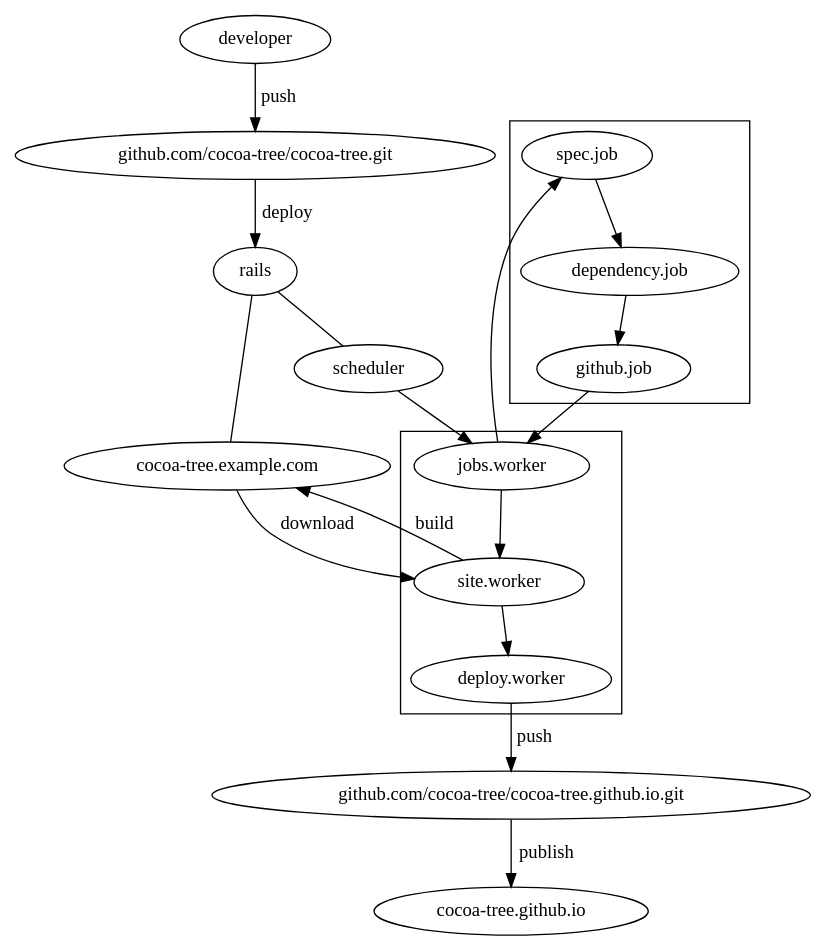
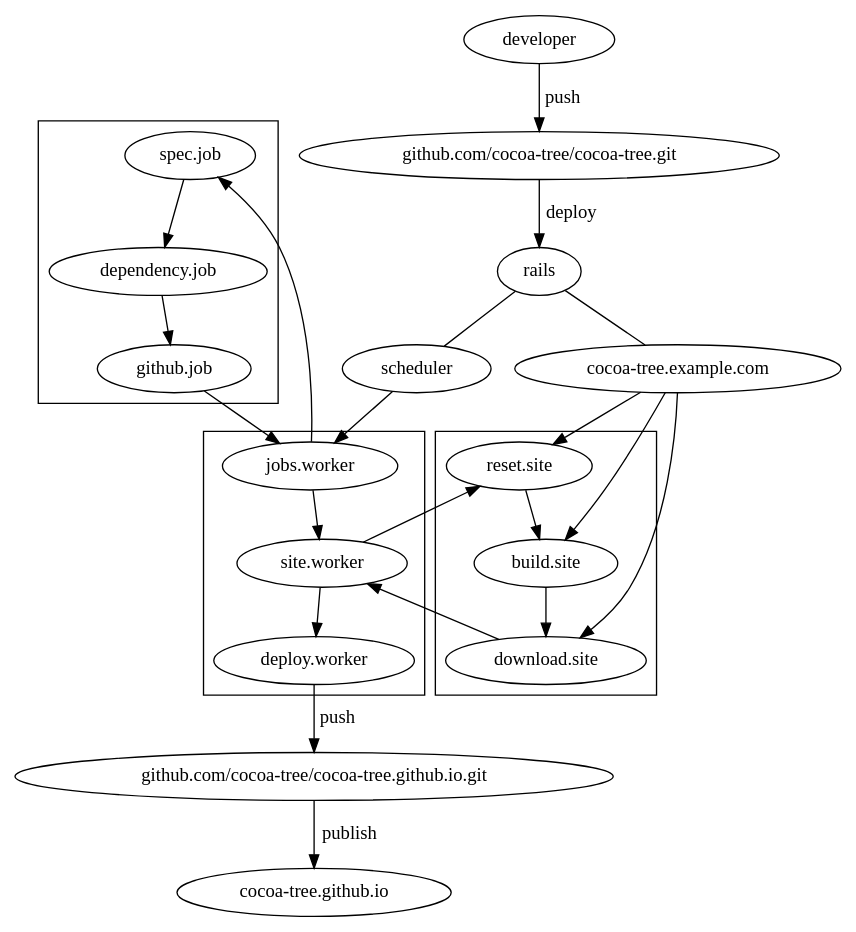
Before and after one commit to bsingr/cocoa-tree: the diagram in concept/deployment.dot, drawn with Graphviz. The commit also changed 1 other file, not shown here.

```diff
--- a/concept/deployment.dot
+++ b/concept/deployment.dot
@@ -1,27 +1,35 @@
 digraph deployment
 {
   developer -> "github.com/cocoa-tree/cocoa-tree.git" [label="push"]
   "github.com/cocoa-tree/cocoa-tree.git" -> rails [label="deploy"]
   rails -> scheduler [arrowhead=none,arrowtail=none]
   rails -> "cocoa-tree.example.com" [arrowhead=none,arrowtail=none]
 
   subgraph cluster_0 {
     "spec.job" -> "dependency.job" -> "github.job"
   }
 
   subgraph cluster_1 {
     "jobs.worker" -> "site.worker" -> "deploy.worker"
   }
 
+  subgraph cluster_2 {
+    "reset.site" -> "build.site" -> "download.site"
+  }
+
   scheduler -> "jobs.worker"
 
   "jobs.worker" -> "spec.job"
   "github.job" -> "jobs.worker"
 
-  "site.worker" -> "cocoa-tree.example.com" [label="build"]
-  "cocoa-tree.example.com" -> "site.worker" [label="download"]
+  "site.worker" -> "reset.site"
+  "download.site" -> "site.worker"
+
+  "cocoa-tree.example.com" -> "reset.site"
+  "cocoa-tree.example.com" -> "build.site"
+  "cocoa-tree.example.com" -> "download.site"
 
   "deploy.worker" -> "github.com/cocoa-tree/cocoa-tree.github.io.git" [label="push"]
 
   "github.com/cocoa-tree/cocoa-tree.github.io.git" -> "cocoa-tree.github.io" [label="publish"]
 }
```
